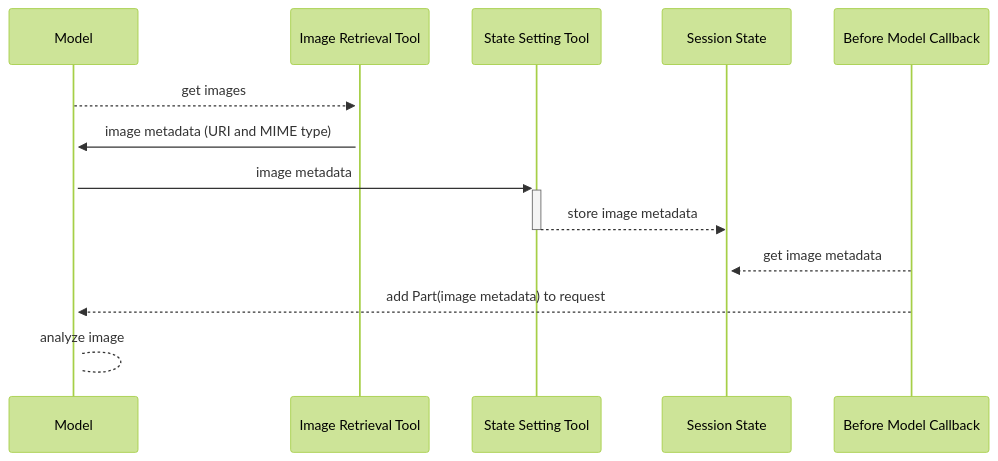
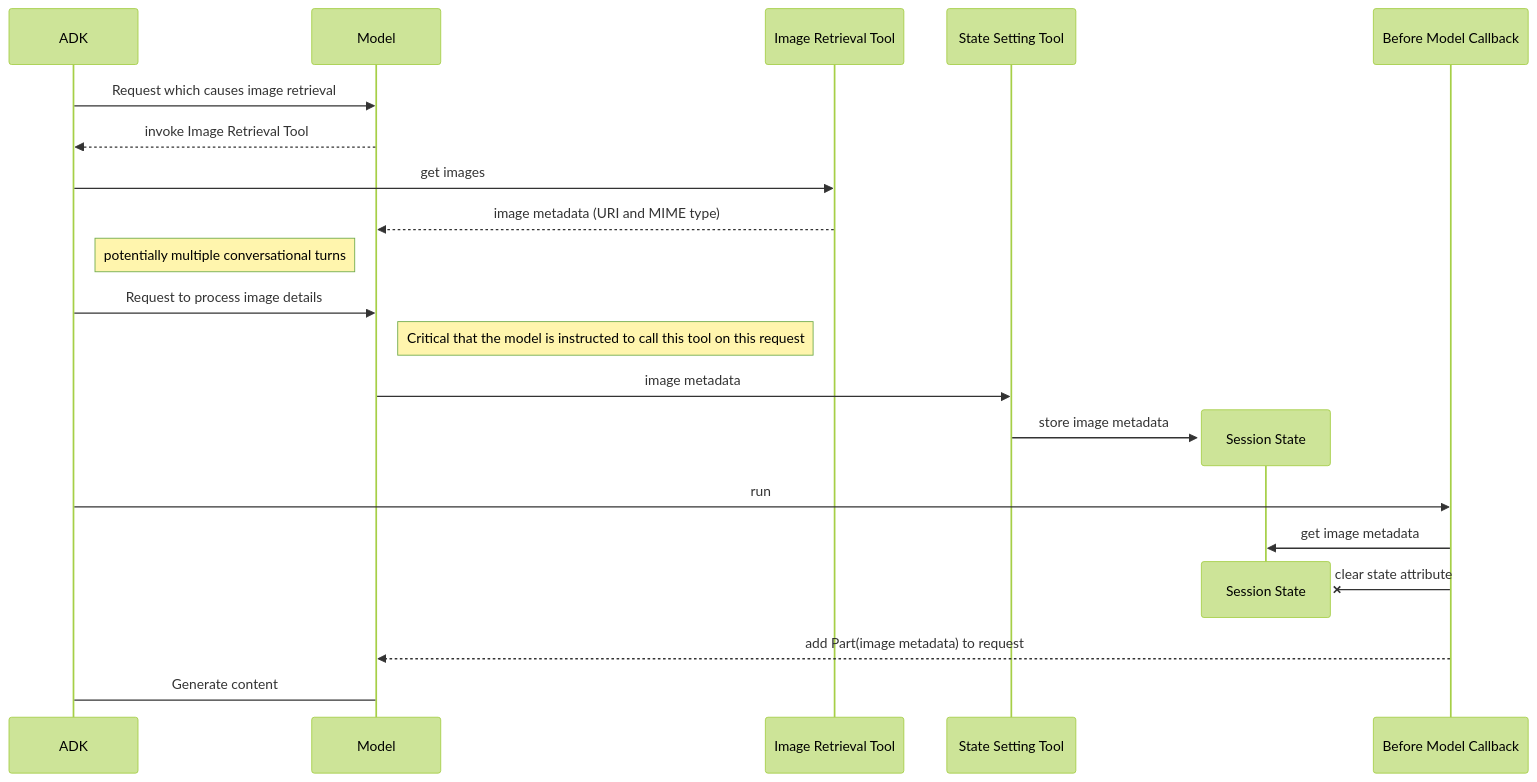
The diagram in patterns/image-processing-using-file-references/README.md (slilichenko/adk-playground), drawn with Mermaid (forest theme) before and after one commit.

Commit message:
Updates to the image processing diagram.

````diff
--- a/patterns/image-processing-using-file-references/README.md
+++ b/patterns/image-processing-using-file-references/README.md
@@ -12,10 +12,24 @@
 ```mermaid
 sequenceDiagram
-    Model-->>+Image Retrieval Tool: get images
-    Image Retrieval Tool->>+Model: image metadata (URI and MIME type)
-    Model->>+State Setting Tool: image metadata
-    State Setting Tool-->>-Session State: store image metadata
-    Before Model Callback-->>+Session State: get image metadata
-    Before Model Callback-->>+Model: add Part(image metadata) to request
-    Model-->+Model: analyze image
+    ADK->>Model: Request which causes image retrieval
+    Model-->>ADK: invoke Image Retrieval Tool
+    ADK->>Image Retrieval Tool: get images
+    Image Retrieval Tool-->>Model: image metadata (URI and MIME type)
+
+    Note right of ADK: potentially multiple conversational turns
+
+    ADK->>Model: Request to process image details
+    Note right of Model: Critical that the model is instructed to call this tool on this request 
+    Model->>State Setting Tool: image metadata
+    
+    create participant Session State
+    State Setting Tool->>Session State: store image metadata
+    
+    ADK->>Before Model Callback: run
+    Before Model Callback->>Session State: get image metadata
+    destroy Session State
+    Before Model Callback-xSession State: clear state attribute
+
+    Before Model Callback-->>Model: add Part(image metadata) to request
+    ADK->Model: Generate content
 ```
````
